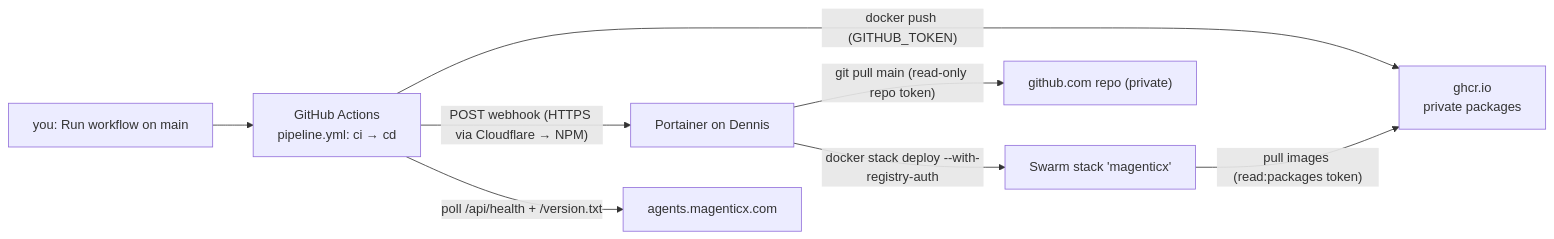
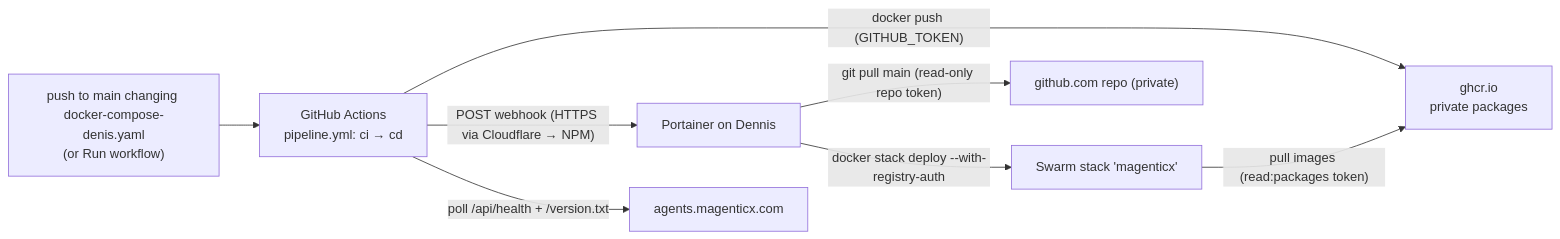
Before and after one commit to konstantinosmpouros/mAgenticX: the first of 2 diagrams in docs/architecture/deployment.md, drawn with Mermaid. The commit also changed other lines of this file and 3 other files, not shown here.

Commit message:
feat(cd): deploy on any push to main that changes the Dennis compose, build-check it on pull requests, and trim the workflow comments

````diff
--- a/docs/architecture/deployment.md
+++ b/docs/architecture/deployment.md
@@ -9,10 +9,10 @@
 ```mermaid
 flowchart LR
-    You["you: Run workflow on main"] --> GHA["GitHub Actions<br/>pipeline.yml: ci → cd"]
+    You["push to main changing docker-compose-denis.yaml<br/>(or Run workflow)"] --> GHA["GitHub Actions<br/>pipeline.yml: ci → cd"]
     GHA -->|"docker push (GITHUB_TOKEN)"| GHCR["ghcr.io<br/>private packages"]
     GHA -->|"POST webhook (HTTPS via Cloudflare → NPM)"| Portainer["Portainer on Dennis"]
     Portainer -->|"git pull main (read-only repo token)"| GitHub["github.com repo (private)"]
     Portainer -->|"docker stack deploy --with-registry-auth"| Swarm["Swarm stack 'magenticx'"]
     Swarm -->|"pull images (read:packages token)"| GHCR
     GHA -->|"poll /api/health + /version.txt"| Site["agents.magenticx.com"]
 ```
````
